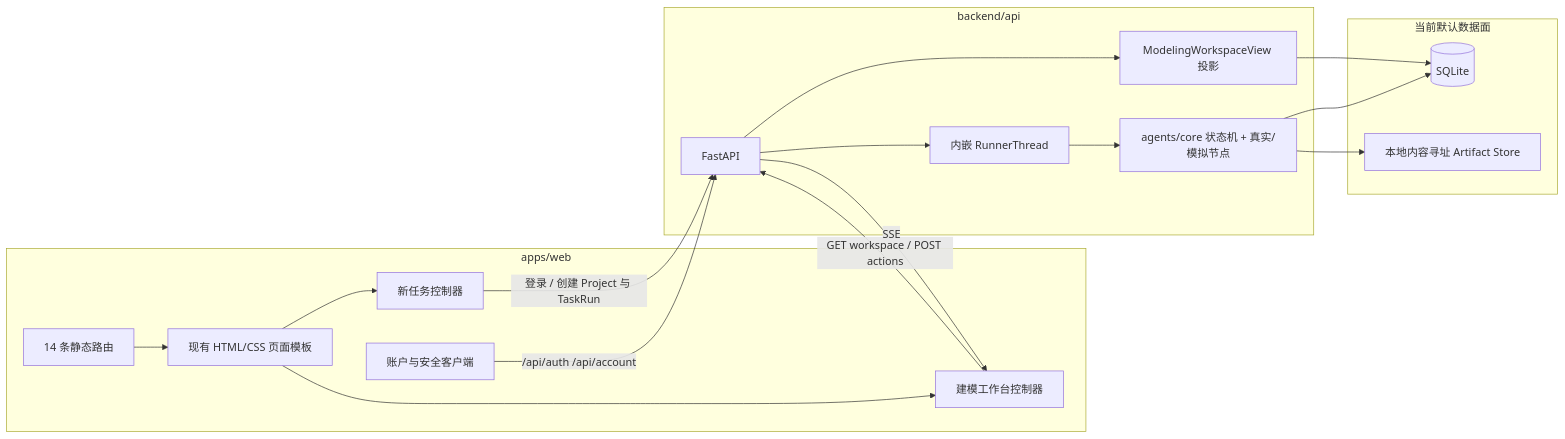
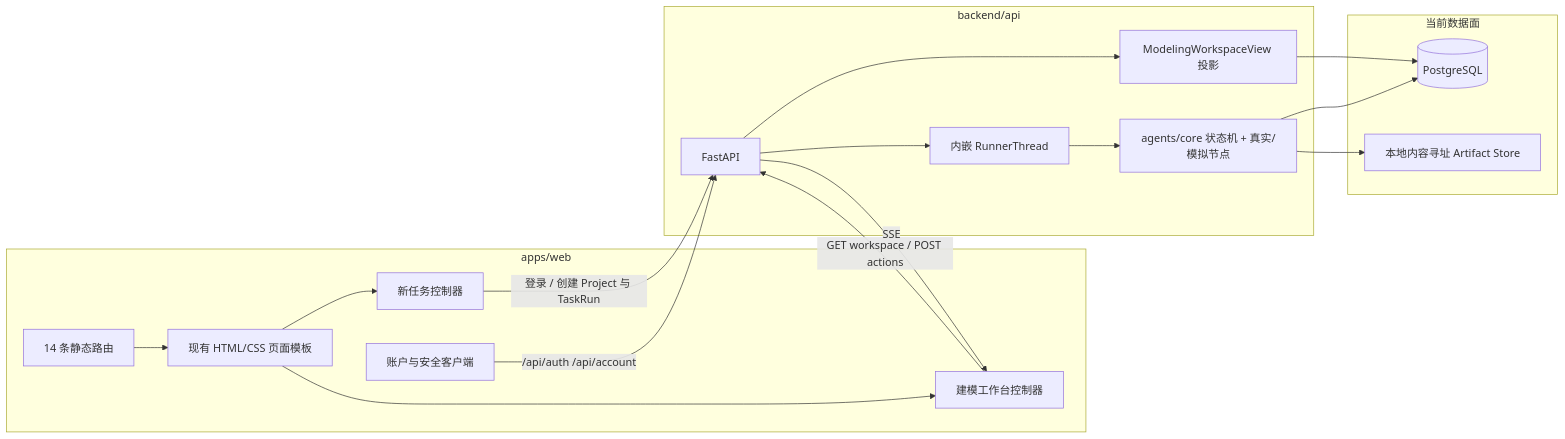
One commit to IvanCodesDev/OpenMathModel changed the first of 2 diagrams in docs/architecture/system-overview.md. Above: the diagram before and after it, drawn with Mermaid. The commit also changed other lines of this file and 6 other files, not shown here.

````diff
--- a/docs/architecture/system-overview.md
+++ b/docs/architecture/system-overview.md
@@ -15,36 +15,36 @@
 ```mermaid
 flowchart LR
   subgraph Web["apps/web"]
     Routes["14 条静态路由"]
     Templates["现有 HTML/CSS 页面模板"]
     TaskStart["新任务控制器"]
     Controller["建模工作台控制器"]
     Account["账户与安全客户端"]
   end
 
   subgraph API["backend/api"]
     FastAPI["FastAPI"]
     Workspace["ModelingWorkspaceView 投影"]
     Runner["内嵌 RunnerThread"]
     Engine["agents/core 状态机 + 真实/模拟节点"]
   end
 
-  subgraph LocalData["当前默认数据面"]
-    SQLite[("SQLite")]
+  subgraph LocalData["当前数据面"]
+    SQLite[("PostgreSQL")]
     Blob["本地内容寻址 Artifact Store"]
   end
 
   Routes --> Templates
   Templates --> TaskStart
   Templates --> Controller
   TaskStart -->|"登录 / 创建 Project 与 TaskRun"| FastAPI
   Controller -->|"GET workspace / POST actions"| FastAPI
   FastAPI -->|"SSE"| Controller
   Account -->|"/api/auth /api/account"| FastAPI
   FastAPI --> Workspace
   Workspace --> SQLite
   FastAPI --> Runner
   Runner --> Engine
   Engine --> SQLite
   Engine --> Blob
 ```
````
